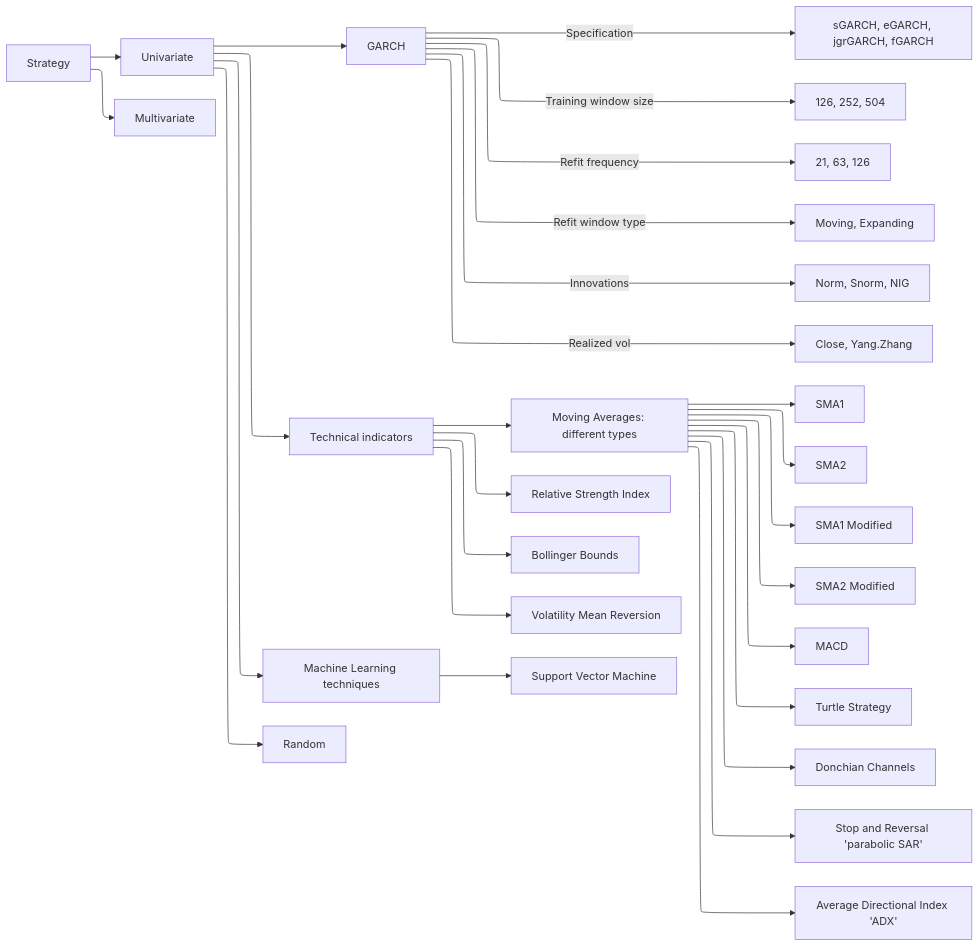
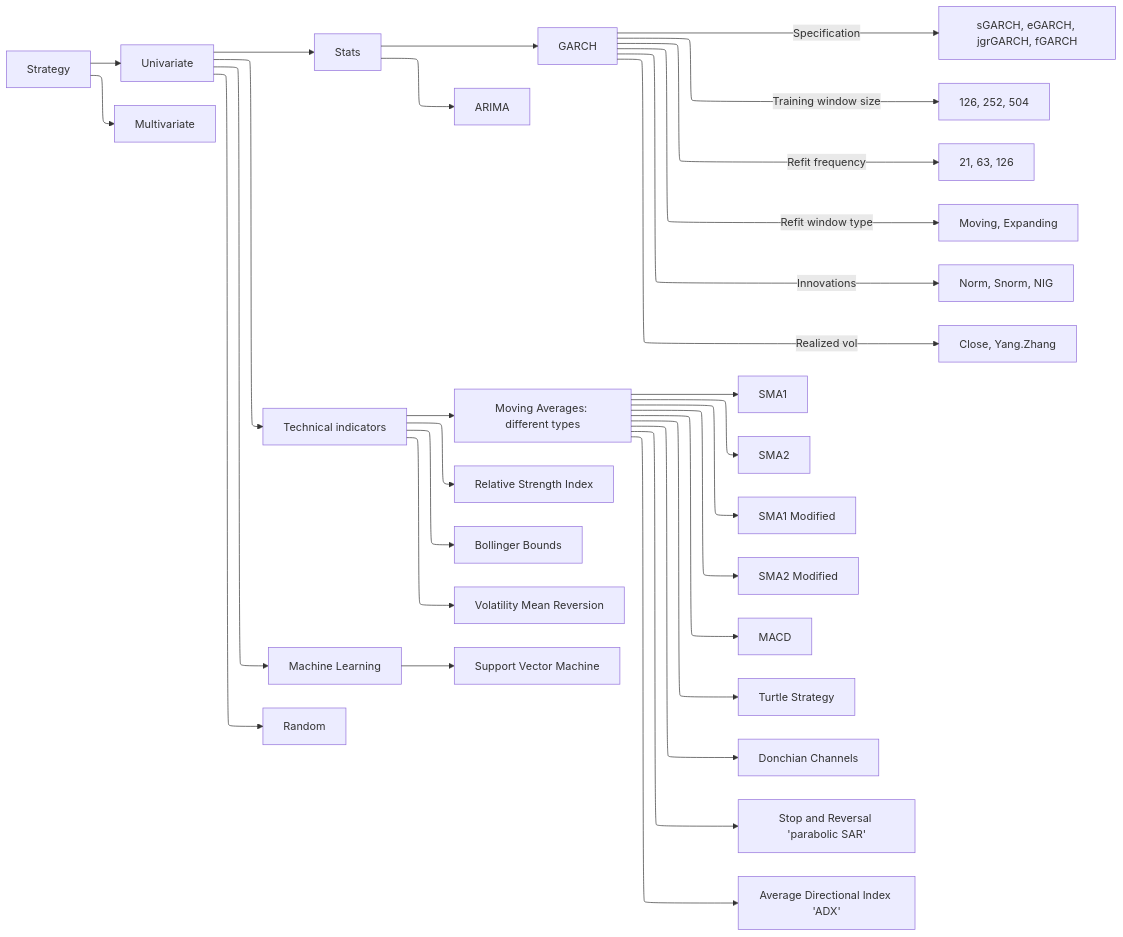
Before and after one commit to kraif999/ATS: the first of 2 diagrams in README.md, drawn with Mermaid. The commit also changed 2 other files, not shown here.

Commit message:
Adding ARIMA class and updating static file with symbols

````diff
--- a/README.md
+++ b/README.md
@@ -11,30 +11,32 @@
 ```mermaid
 %%{init: {"flowchart": {"defaultRenderer": "elk", "nodeWidth": 1000}}}%%
 flowchart LR
     Strategy[Strategy] --> Univariate[Univariate]
     Strategy --> Multivariate[Multivariate]
-    Univariate --> GARCH[GARCH]
+    Univariate --> Stats[Stats]
+    Stats[Stats] --> GARCH
     GARCH -->|Specification| spec[sGARCH, eGARCH, jgrGARCH, fGARCH]
     GARCH -->|Training window size| training[126, 252, 504]
     GARCH -->|Refit frequency| refit[21, 63, 126]
     GARCH -->|Refit window type| type[Moving, Expanding]
     GARCH -->|Innovations| distr[Norm, Snorm, NIG]
     GARCH -->|Realized vol| rv[Close, Yang.Zhang]
+    Stats[Stats] --> ARIMA
     Univariate --> Tech[Technical indicators]
     Tech --> ma[Moving Averages: different types]
     ma --> sma1[SMA1]
     ma --> sma2[SMA2]
     ma --> sma1m[SMA1 Modified]
     ma --> sma2m[SMA2 Modified]
     ma --> macd[MACD]
     ma --> tt[Turtle Strategy]
     ma --> dc[Donchian Channels]
     ma --> sra[Stop and Reversal 'parabolic SAR']
     ma --> adx[Average Directional Index 'ADX']
     Tech --> rsi[Relative Strength Index]
     Tech --> bb[Bollinger Bounds]
     Tech --> vol[Volatility Mean Reversion]
-    Univariate --> ml[Machine Learning techniques]
+    Univariate --> ml[Machine Learning]
     ml --> svm[Support Vector Machine]
     Univariate --> r[Random]
 ```
````
